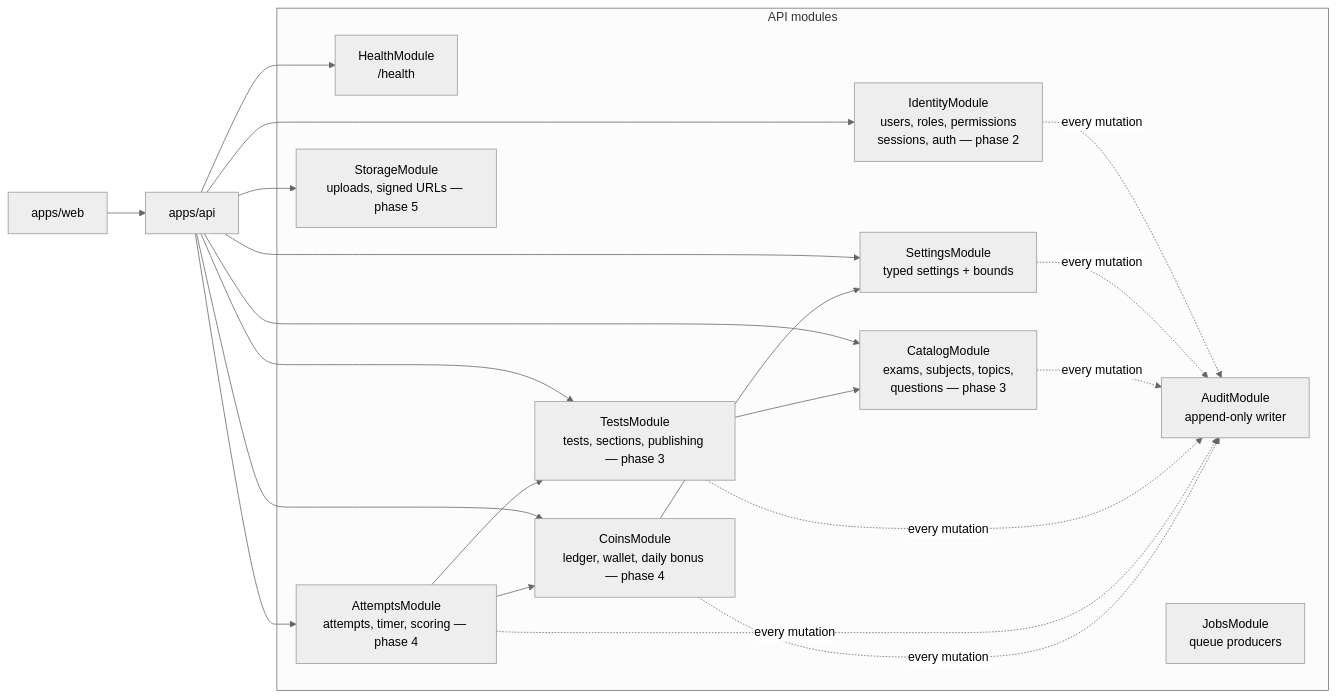
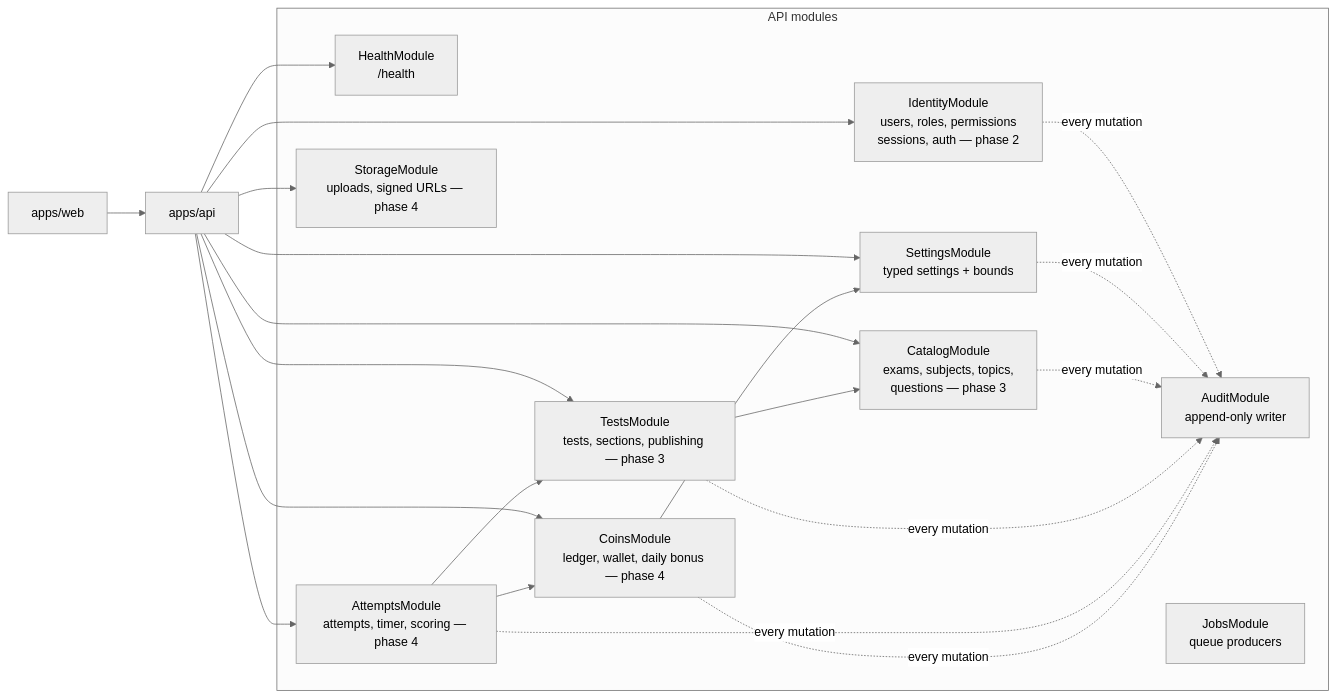
The second of 4 diagrams in docs/architecture.md (Kapil-viahwa/abhyas), drawn with Mermaid (neutral theme) before and after one commit. The commit also changed other lines of this file and 5 other files, not shown here.

````diff
--- a/docs/architecture.md
+++ b/docs/architecture.md
@@ -64,38 +64,38 @@
 ```mermaid
 flowchart LR
   web["apps/web"] --> api["apps/api"]
 
   subgraph apiMods["API modules"]
     health["HealthModule<br/>/health"]
     identity["IdentityModule<br/>users, roles, permissions<br/>sessions, auth — phase 2"]
     settings["SettingsModule<br/>typed settings + bounds"]
     audit["AuditModule<br/>append-only writer"]
     catalog["CatalogModule<br/>exams, subjects, topics,<br/>questions — phase 3"]
     tests["TestsModule<br/>tests, sections, publishing — phase 3"]
     attempts["AttemptsModule<br/>attempts, timer, scoring — phase 4"]
     coins["CoinsModule<br/>ledger, wallet, daily bonus — phase 4"]
-    storage["StorageModule<br/>uploads, signed URLs — phase 5"]
+    storage["StorageModule<br/>uploads, signed URLs — phase 4"]
     jobs["JobsModule<br/>queue producers"]
   end
 
   api --> health
   api --> identity
   api --> settings
   api --> catalog
   api --> tests
   api --> attempts
   api --> coins
   api --> storage
 
   identity -.->|every mutation| audit
   settings -.->|every mutation| audit
   catalog -.->|every mutation| audit
   tests -.->|every mutation| audit
   attempts -.->|every mutation| audit
   coins -.->|every mutation| audit
 
   attempts --> coins
   attempts --> tests
   tests --> catalog
   coins --> settings
 ```
````
